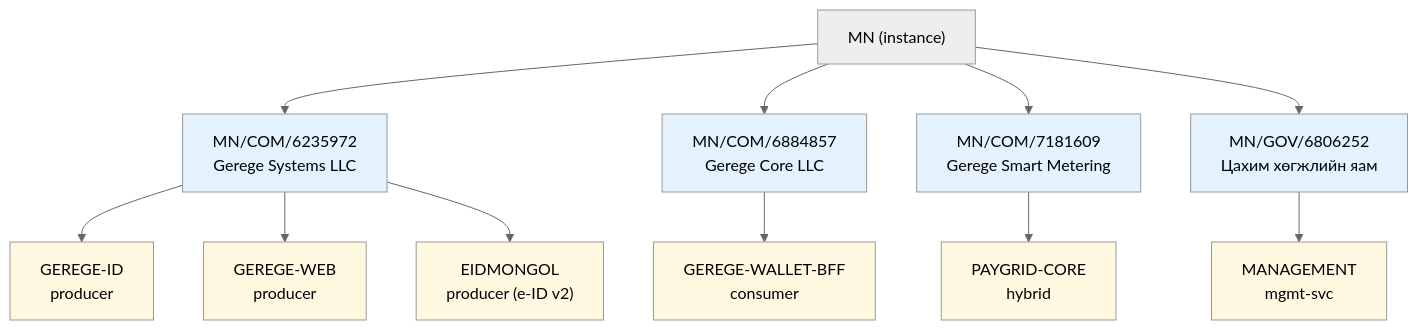
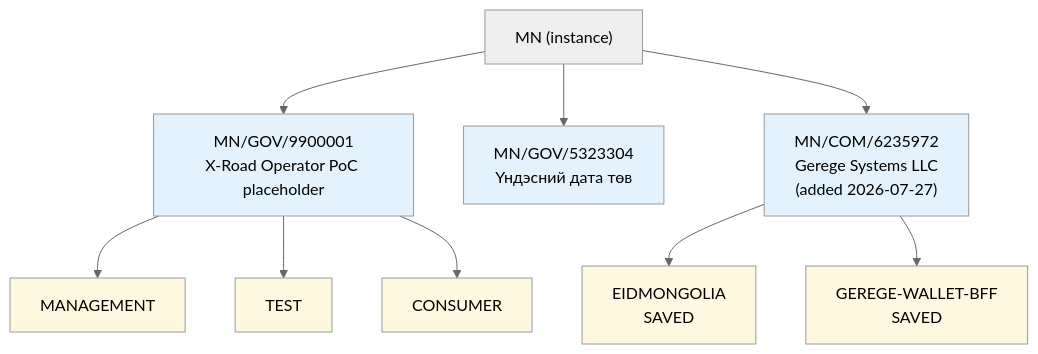
One commit to geregedevops/xroad-mongolia-mn changed the second of 3 diagrams in README.md. Above: the diagram before and after it, drawn with Mermaid (neutral theme). The commit also changed other lines of this file and 3 other files, not shown here.

First line of the commit message:
ss.gerege.mn: rebuilt and registered as GEREGE-SS-1 (MN/COM/6235972)

````diff
--- a/README.md
+++ b/README.md
@@ -101,32 +88,28 @@
 ```mermaid
 graph TB
     CS["MN (instance)"]
 
-    GSY["MN/COM/6235972<br/>Gerege Systems LLC"]
-    GCO["MN/COM/6884857<br/>Gerege Core LLC"]
-    GSM["MN/COM/7181609<br/>Gerege Smart Metering"]
-    GOV["MN/GOV/6806252<br/>Цахим хөгжлийн яам"]
+    POC["MN/GOV/9900001<br/>X-Road Operator PoC placeholder"]
+    NDC["MN/GOV/5323304<br/>Үндэсний дата төв"]
+    GSY["MN/COM/6235972<br/>Gerege Systems LLC<br/>(added 2026-07-27)"]
 
-    GID["GEREGE-ID<br/>producer"]
-    GWEB["GEREGE-WEB<br/>producer"]
-    EID["EIDMONGOL<br/>producer (e-ID v2)"]
-    WBFF["GEREGE-WALLET-BFF<br/>consumer"]
-    PCORE["PAYGRID-CORE<br/>hybrid"]
-    MGMT_SUB["MANAGEMENT<br/>mgmt-svc"]
+    MGMT_SUB["MANAGEMENT"]
+    TEST_SUB["TEST"]
+    CONS_SUB["CONSUMER"]
+    EID["EIDMONGOLIA<br/>SAVED"]
+    WBFF["GEREGE-WALLET-BFF<br/>SAVED"]
 
+    CS --> POC
+    CS --> NDC
     CS --> GSY
-    CS --> GCO
-    CS --> GSM
-    CS --> GOV
-    GSY --> GID
-    GSY --> GWEB
+    POC --> MGMT_SUB
+    POC --> TEST_SUB
+    POC --> CONS_SUB
     GSY --> EID
-    GCO --> WBFF
-    GSM --> PCORE
-    GOV --> MGMT_SUB
+    GSY --> WBFF
 
     classDef member fill:#E3F2FD
     classDef sub fill:#FFF8E1
-    class GSY,GCO,GSM,GOV member
-    class GID,GWEB,EID,WBFF,PCORE,MGMT_SUB sub
+    class POC,NDC,GSY member
+    class MGMT_SUB,TEST_SUB,CONS_SUB,EID,WBFF sub
 ```
````
